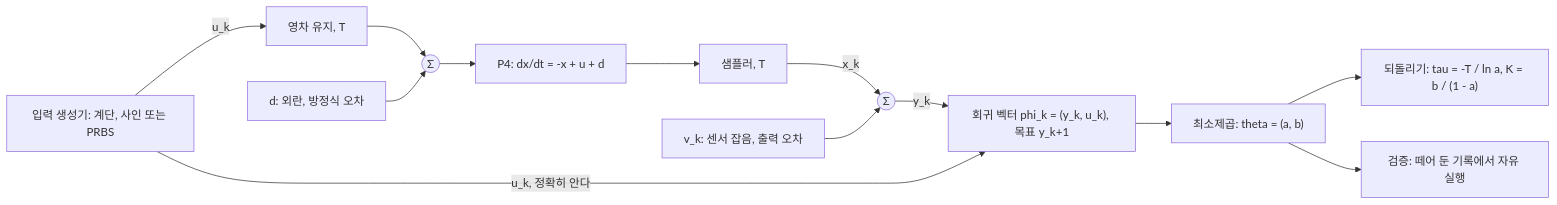
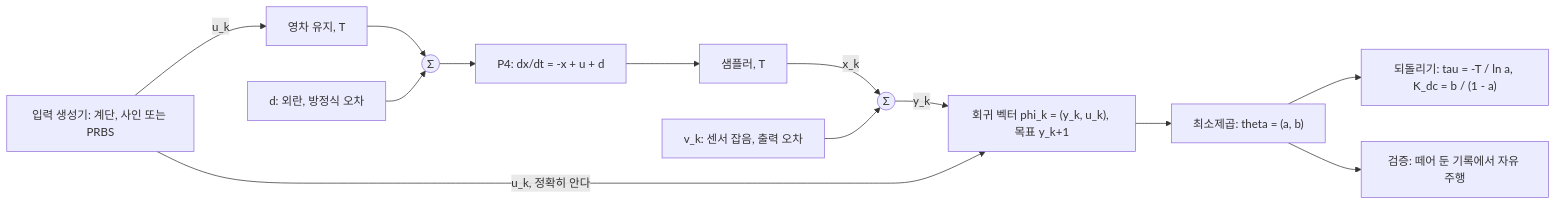
Before and after one commit to jiseop-byeon/phd-wiki: the second of 2 diagrams in content/04-robotics/system-identification.md, drawn with Mermaid. The commit also changed other lines of this file and 26 other files, not shown here.

````diff
--- a/content/04-robotics/system-identification.md
+++ b/content/04-robotics/system-identification.md
@@ -550,15 +817,15 @@
 ```mermaid
 flowchart LR
     G["입력 생성기: 계단, 사인 또는 PRBS"] -->|"u_k"| H["영차 유지, T"]
     H --> S1(("Σ"))
     D["d: 외란, 방정식 오차"] --> S1
     S1 --> P["P4: dx/dt = -x + u + d"]
     P --> SM["샘플러, T"]
     SM -->|"x_k"| S2(("Σ"))
     V["v_k: 센서 잡음, 출력 오차"] --> S2
     S2 -->|"y_k"| RG["회귀 벡터 phi_k = (y_k, u_k), 목표 y_k+1"]
     G -->|"u_k, 정확히 안다"| RG
     RG --> LS["최소제곱: theta = (a, b)"]
-    LS --> MB["되돌리기: tau = -T / ln a, K = b / (1 - a)"]
-    LS --> VAL["검증: 떼어 둔 기록에서 자유 실행"]
+    LS --> MB["되돌리기: tau = -T / ln a, K_dc = b / (1 - a)"]
+    LS --> VAL["검증: 떼어 둔 기록에서 자유 주행"]
 ```
````
